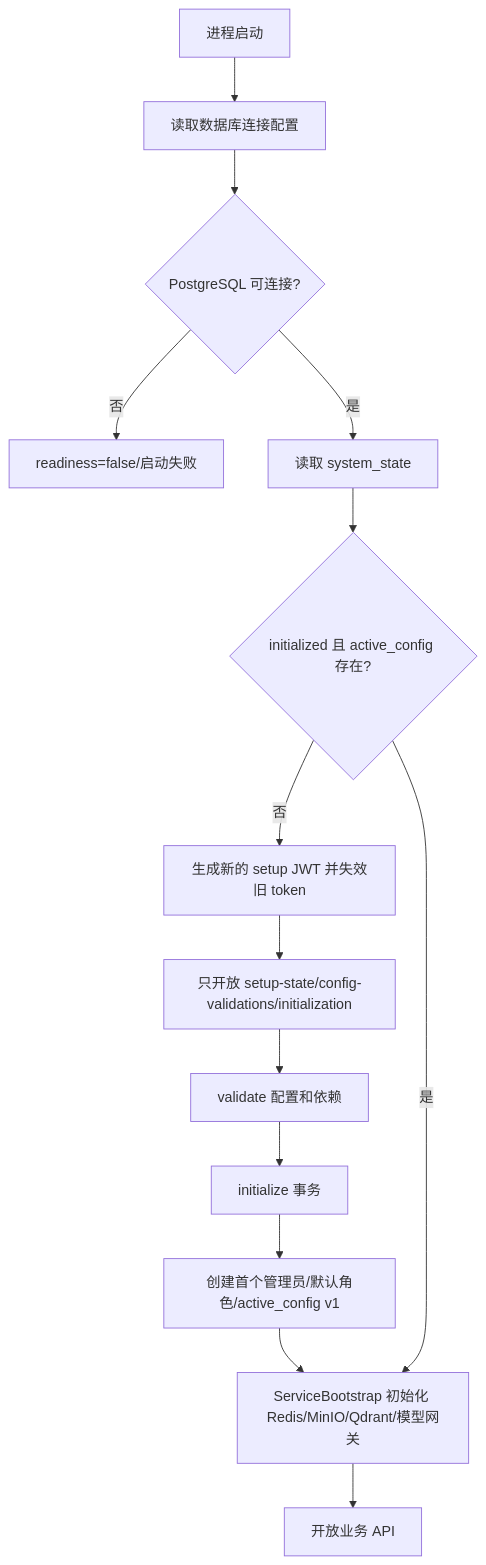
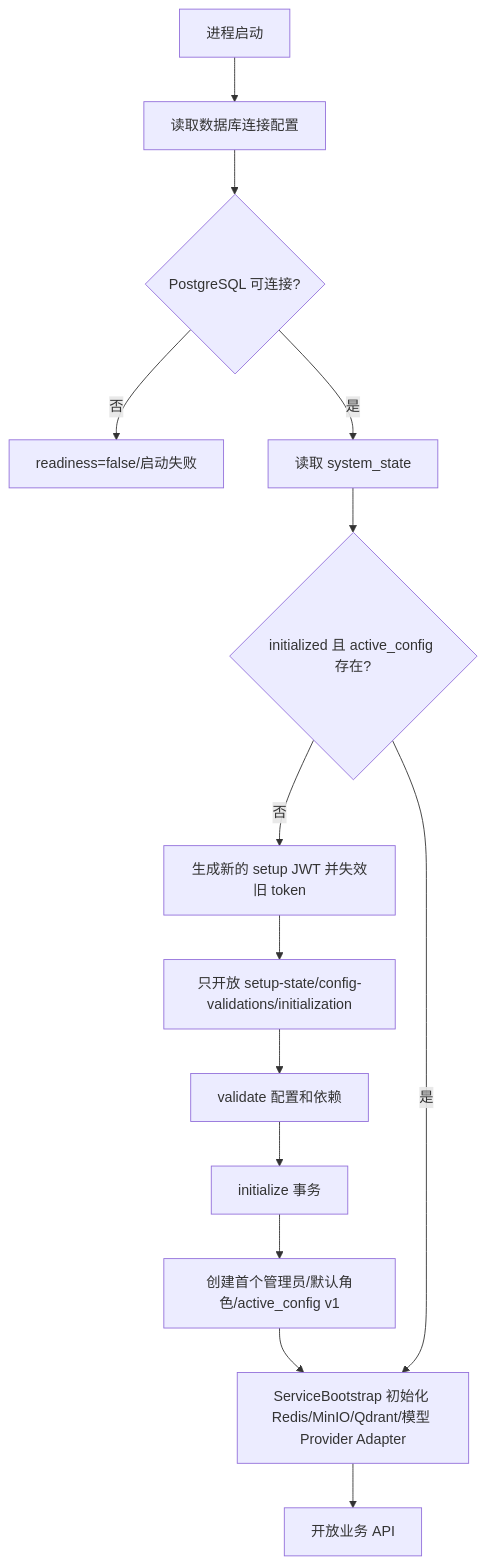
Before and after one commit to brianlee202602-dot/Little-Bear: the second of 15 diagrams in docs/项目执行流程图.md, drawn with Mermaid. The commit also changed other lines of this file and 49 other files, not shown here.

````diff
--- a/docs/项目执行流程图.md
+++ b/docs/项目执行流程图.md
@@ -50,16 +50,16 @@
 ```mermaid
 flowchart TD
     A[进程启动] --> B[读取数据库连接配置]
     B --> C{PostgreSQL 可连接?}
     C -- 否 --> D[readiness=false/启动失败]
     C -- 是 --> E[读取 system_state]
     E --> F{initialized 且 active_config 存在?}
     F -- 否 --> G[生成新的 setup JWT 并失效旧 token]
     G --> H[只开放 setup-state/config-validations/initialization]
     H --> I[validate 配置和依赖]
     I --> J[initialize 事务]
     J --> K[创建首个管理员/默认角色/active_config v1]
-    K --> L[ServiceBootstrap 初始化 Redis/MinIO/Qdrant/模型网关]
+    K --> L[ServiceBootstrap 初始化 Redis/MinIO/Qdrant/模型 Provider Adapter]
     L --> M[开放业务 API]
     F -- 是 --> L
 ```
````
